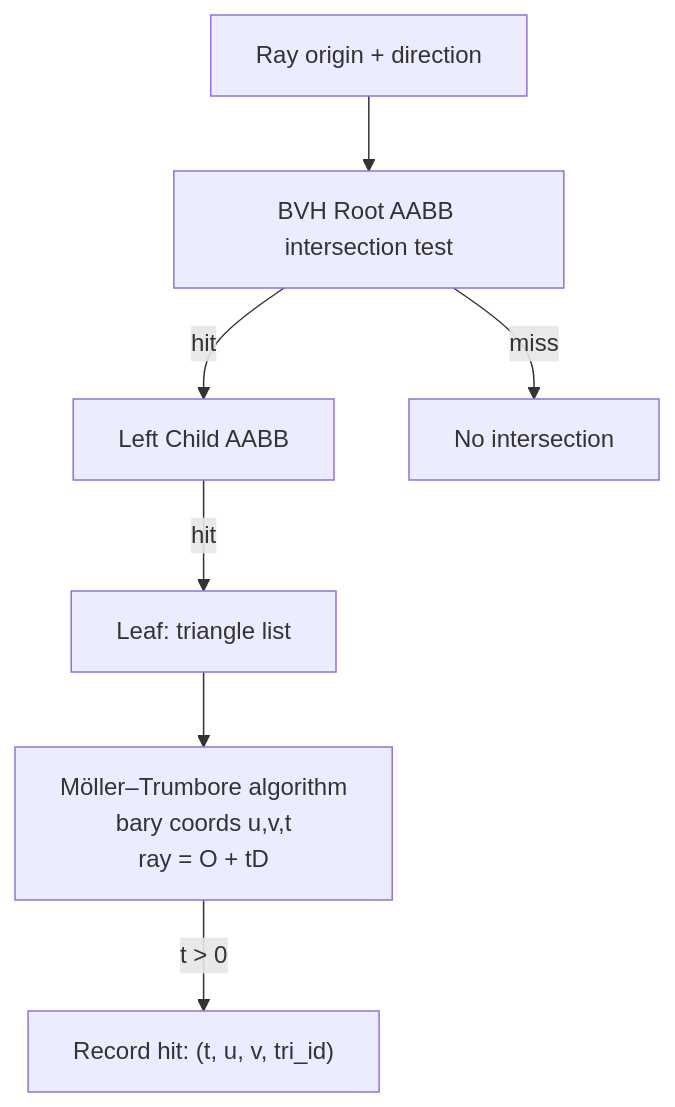
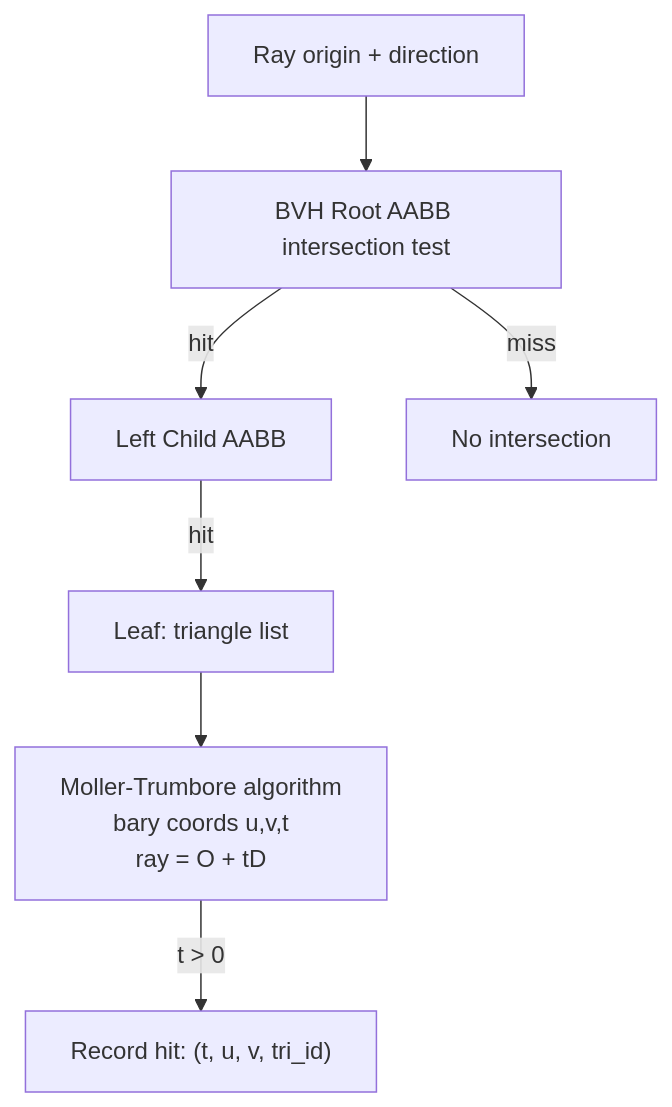
One commit to choisimo/document changed the fourth of 29 diagrams in docs/books/cs-reference/miscellaneous-cs.md. Above: the diagram before and after it, drawn with Mermaid. The commit also changed other lines of this file and 4514 other files, not shown here.

Commit message:
- sequenceDiagram` 내 `;`로 끊기던 메시지/노트 문장 정리 - `stateDiagram` 라벨 내부 추가 `:`/`::` 구문 정리 - `flowchart`에서 줄 끝 `-->` 끊김 체인 정리 - `block-betting` 오타를 `block-beta`로 수정 - 엄격 파서에서 깨지던 수식/특수문자 라벨 일부 ASCII 정규화

````diff
--- a/docs/books/cs-reference/miscellaneous-cs.md
+++ b/docs/books/cs-reference/miscellaneous-cs.md
@@ -70,9 +68,9 @@
 ```mermaid
 flowchart TD
-    Ray["Ray origin + direction"] -->
-    BVH_Root["BVH Root AABB intersection test"] -->|hit| BVH_L["Left Child AABB"]
+    Ray["Ray origin + direction"] --> BVH_Root["BVH Root AABB intersection test"]
+    BVH_Root -->|hit| BVH_L["Left Child AABB"]
     BVH_Root -->|miss| Discard["No intersection"]
     BVH_L -->|hit| Leaf["Leaf: triangle list"]
-    Leaf --> MollerTrumbore["Möller–Trumbore algorithm\nbary coords u,v,t\nray = O + tD"]
+    Leaf --> MollerTrumbore["Moller-Trumbore algorithm\nbary coords u,v,t\nray = O + tD"]
     MollerTrumbore -->|t > 0| Hit["Record hit: (t, u, v, tri_id)"]
 ```
````
